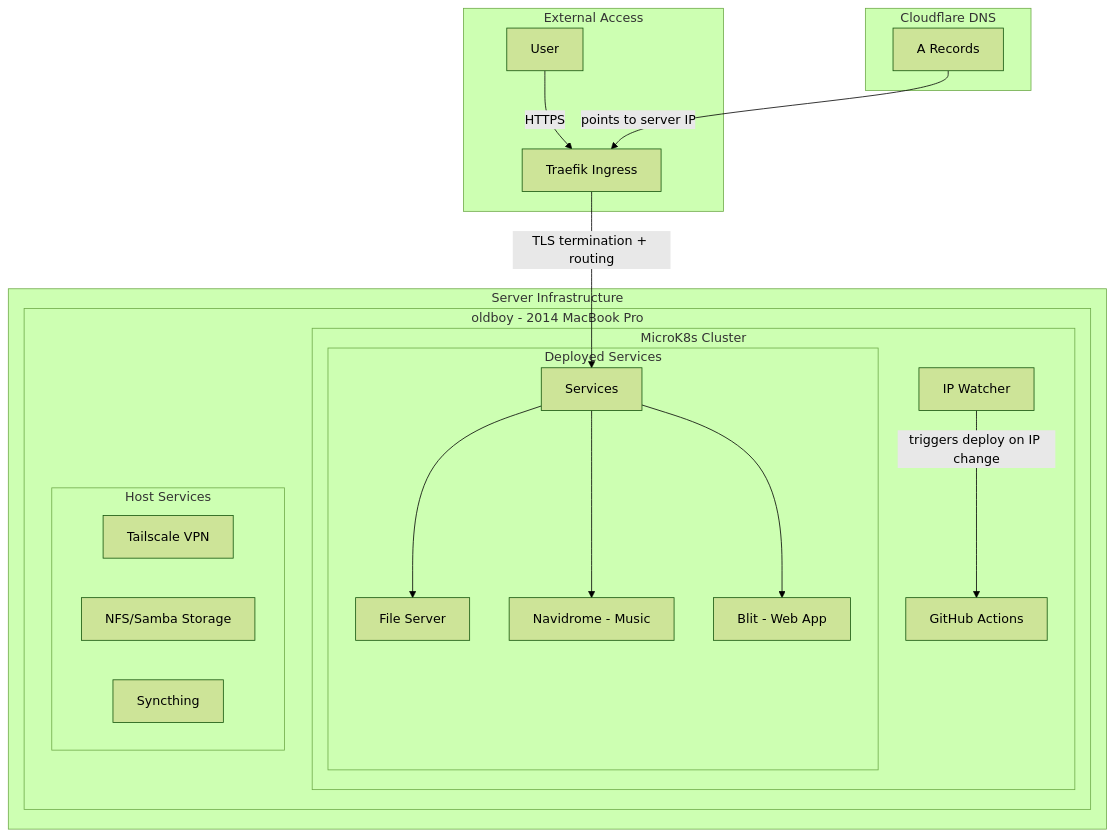
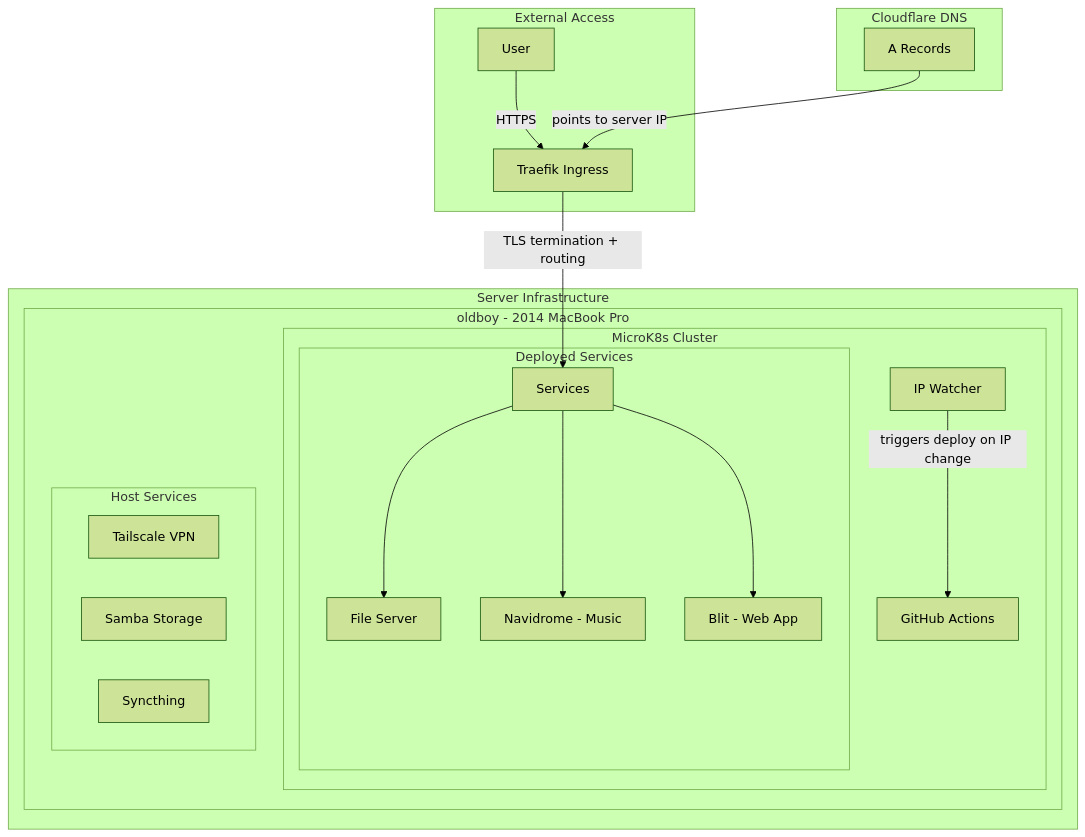
One commit to radiosilence/jaritanet changed the diagram in README.md. Above: the diagram before and after it, drawn with Mermaid (forest theme). The commit also changed other lines of this file and 4 other files, not shown here.

````diff
--- a/README.md
+++ b/README.md
@@ -13,31 +13,31 @@
 ```mermaid
 graph TB
     subgraph "External Access"
         User[User] -->|HTTPS| Traefik
     end
 
     subgraph "Server Infrastructure"
         subgraph "oldboy - 2014 MacBook Pro"
             subgraph "MicroK8s Cluster"
                 Traefik[Traefik Ingress] -->|TLS termination + routing| Services
                 IPWatcher[IP Watcher] -->|triggers deploy on IP change| GHA[GitHub Actions]
 
                 subgraph "Deployed Services"
                     Services --> FileServer[File Server]
                     Services --> Navidrome[Navidrome - Music]
                     Services --> Blit[Blit - Web App]
                 end
             end
 
             subgraph "Host Services"
                 Tailscale[Tailscale VPN]
-                Storage[NFS/Samba Storage]
+                Storage[Samba Storage]
                 Sync[Syncthing]
             end
         end
     end
 
     subgraph "Cloudflare DNS"
         DNS[A Records] -->|points to server IP| Traefik
     end
 ```
````
